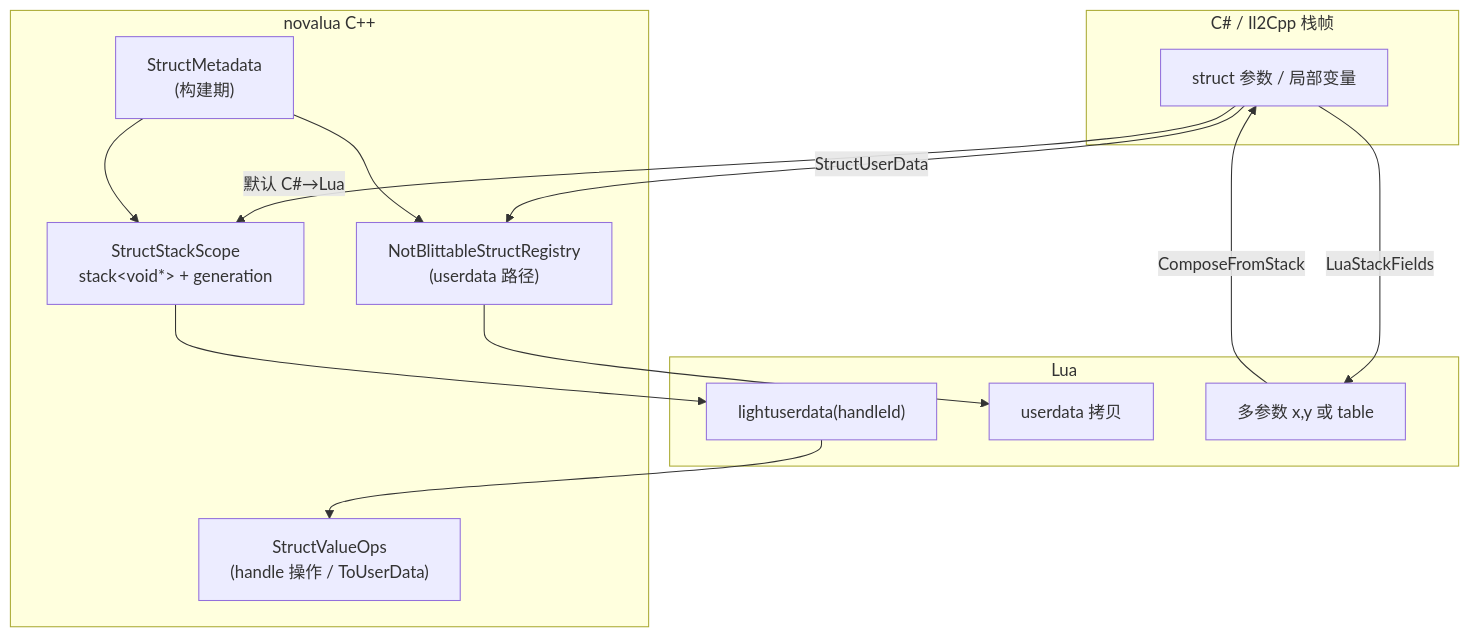
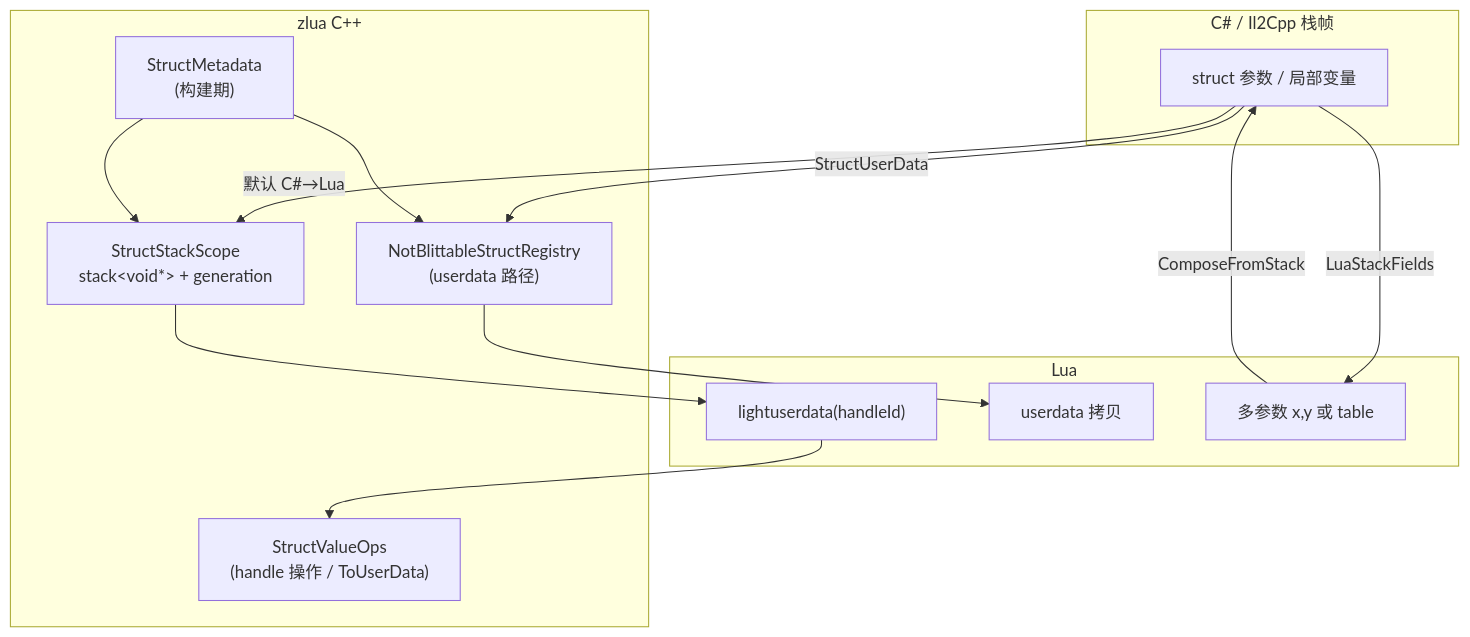
Before and after one commit to focus-creative-games/zlua: the diagram in Docs/STRUCT_MARSHAL_SPEC.md, drawn with Mermaid. The commit also changed other lines of this file and 1057 other files, not shown here.

````diff
--- a/Docs/STRUCT_MARSHAL_SPEC.md
+++ b/Docs/STRUCT_MARSHAL_SPEC.md
@@ -29,27 +29,27 @@
 ```mermaid
 flowchart TB
     subgraph CSharp["C# / Il2Cpp 栈帧"]
         S["struct 参数 / 局部变量"]
     end
 
-    subgraph Native["novalua C++"]
+    subgraph Native["zlua C++"]
         SSS["StructStackScope\nstack&lt;void*&gt; + generation"]
         SVO["StructValueOps\n(handle 操作 / ToUserData)"]
         NBR["NotBlittableStructRegistry\n(userdata 路径)"]
         MD["StructMetadata\n(构建期)"]
     end
 
     subgraph Lua["Lua"]
         LUD["lightuserdata(handleId)"]
         UD["userdata 拷贝"]
         TBL["多参数 x,y 或 table"]
     end
 
     S -->|"默认 C#→Lua"| SSS --> LUD
     S -->|"StructUserData"| NBR --> UD
     S -->|"LuaStackFields"| TBL
     LUD --> SVO
     TBL -->|"ComposeFromStack"| S
     MD --> SSS
     MD --> NBR
 ```
````
